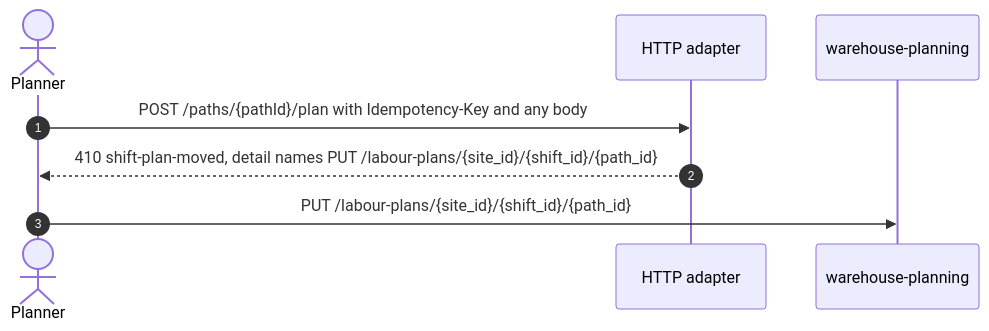
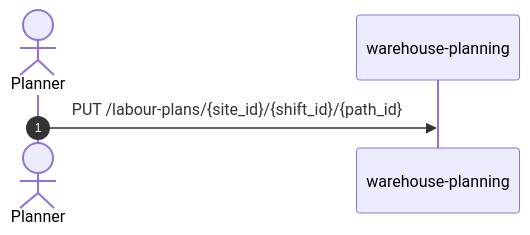
Before and after one commit to IQVO/wes-work-planning: the fifth of 10 diagrams in docs/docs/ddd/sequence-diagrams.md, drawn with Mermaid. The commit also changed other lines of this file and 10 other files, not shown here.

````diff
--- a/docs/docs/ddd/sequence-diagrams.md
+++ b/docs/docs/ddd/sequence-diagrams.md
@@ -256,11 +256,8 @@
 ```mermaid
 sequenceDiagram
     autonumber
     actor Planner
-    participant HTTP as HTTP adapter
     participant WPL as warehouse-planning
 
-    Planner->>HTTP: POST /paths/{pathId}/plan with Idempotency-Key and any body
-    HTTP-->>Planner: 410 shift-plan-moved, detail names PUT /labour-plans/{site_id}/{shift_id}/{path_id}
     Planner->>WPL: PUT /labour-plans/{site_id}/{shift_id}/{path_id}
 ```
````
